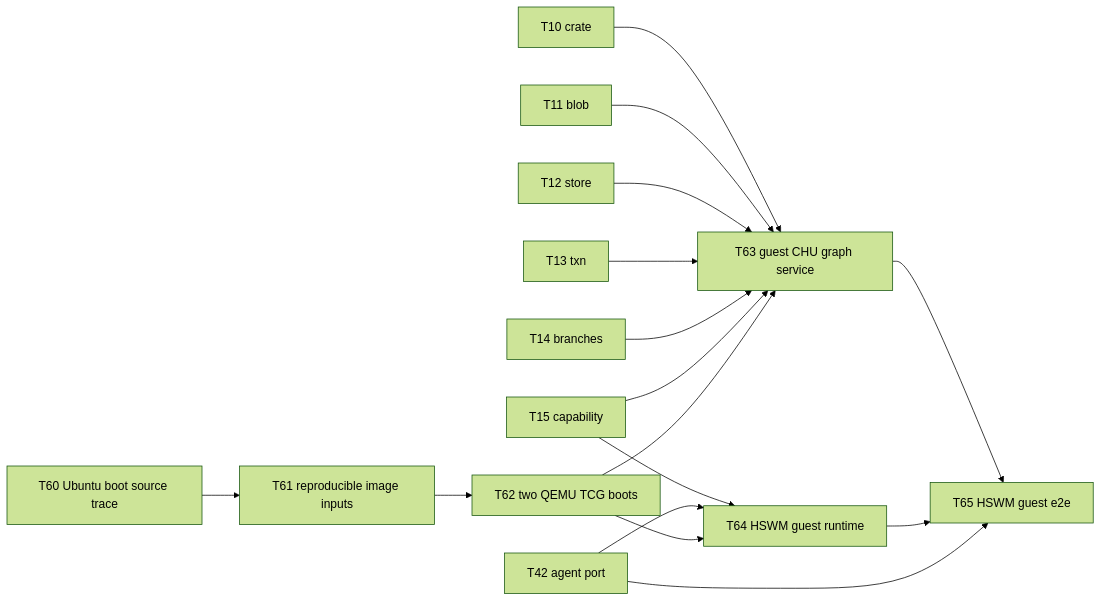
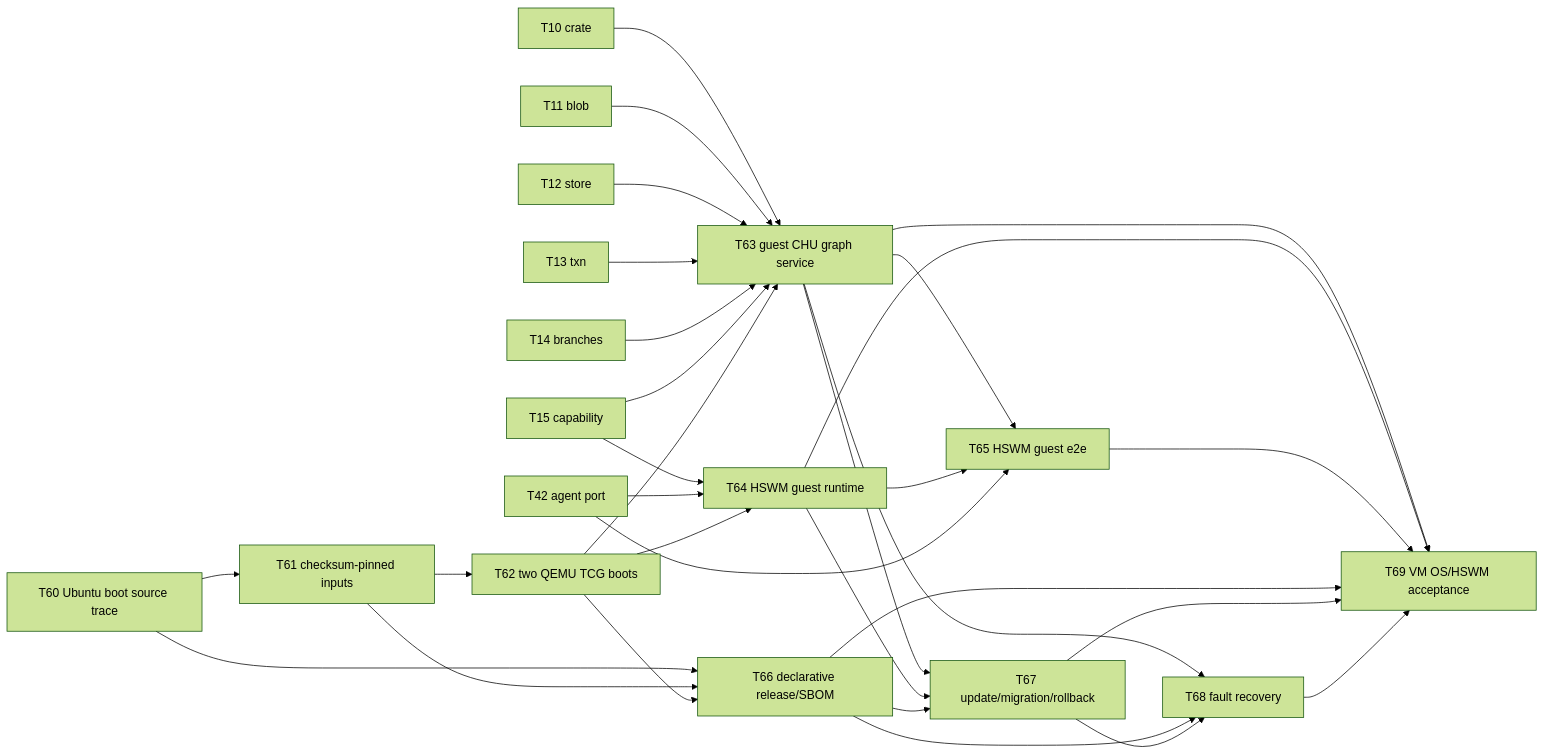
One commit to gj3447/CHU changed the first of 2 diagrams in plan/CHU_OS_PLAN.md. Above: the diagram before and after it, drawn with Mermaid (forest theme). The commit also changed other lines of this file and 16 other files, not shown here.

First line of the commit message:
Trace OS construction research and require release lifecycle acceptance

````diff
--- a/plan/CHU_OS_PLAN.md
+++ b/plan/CHU_OS_PLAN.md
@@ -89,8 +95,12 @@
 ```mermaid
 flowchart LR
-  T60["T60 Ubuntu boot source trace"] --> T61["T61 reproducible image inputs"]
+  T60["T60 Ubuntu boot source trace"] --> T61["T61 checksum-pinned inputs"]
   T61 --> T62["T62 two QEMU TCG boots"]
+  T60 & T61 & T62 --> T66["T66 declarative release/SBOM"]
   T10["T10 crate"] & T11["T11 blob"] & T12["T12 store"] & T13["T13 txn"] & T14["T14 branches"] & T15["T15 capability"] & T62 --> T63["T63 guest CHU graph service"]
   T15 & T42["T42 agent port"] & T62 --> T64["T64 HSWM guest runtime"]
   T63 & T64 & T42 --> T65["T65 HSWM guest e2e"]
+  T63 & T64 & T66 --> T67["T67 update/migration/rollback"]
+  T63 & T66 & T67 --> T68["T68 fault recovery"]
+  T63 & T64 & T65 & T66 & T67 & T68 --> T69["T69 VM OS/HSWM acceptance"]
 ```
````
